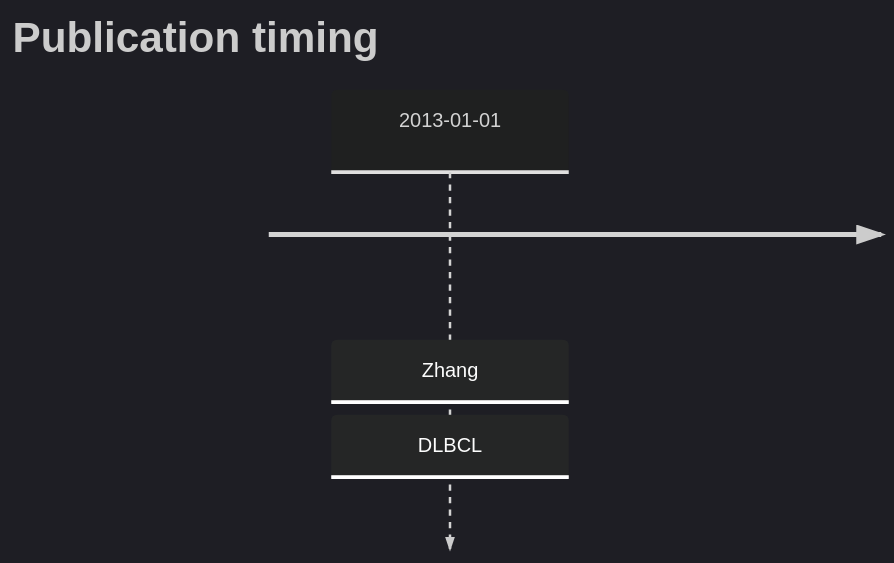
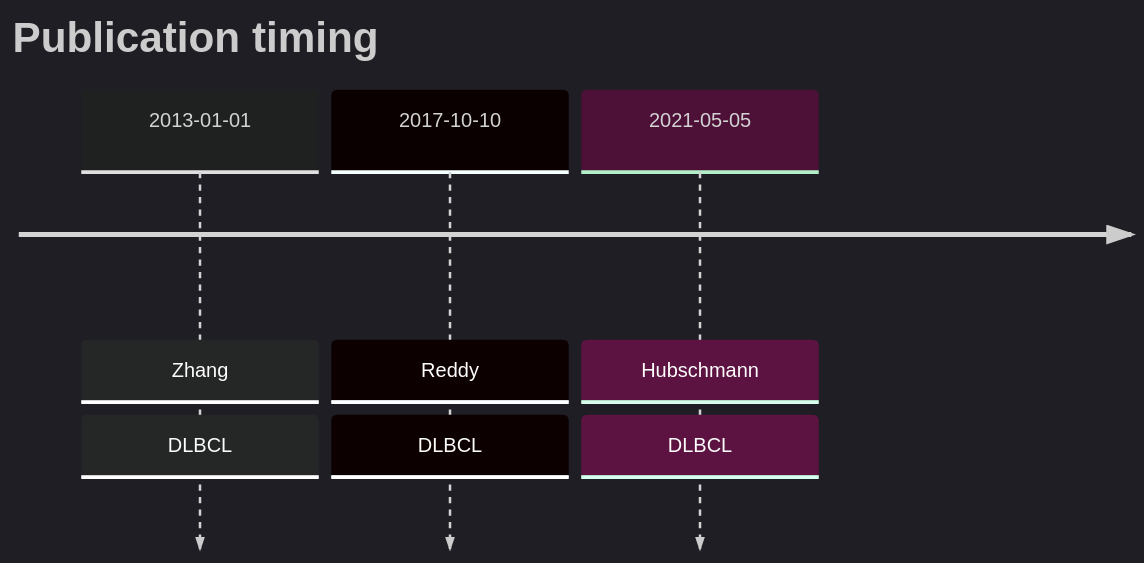
Before and after one commit to morinlab/lymphopedia: the diagram in FBXW7.md, drawn with Mermaid.

````diff
--- a/FBXW7.md
+++ b/FBXW7.md
@@ -15,6 +15,8 @@
 ```mermaid
 %%{init: { 'logLevel': 'debug', 'theme': 'dark' } }%%
 timeline
     title Publication timing
-      2013-01-01 : Zhang : DLBCL
+2013-01-01 : Zhang : DLBCL
+2017-10-10 : Reddy : DLBCL
+2021-05-05 : Hubschmann : DLBCL
 ```
````
